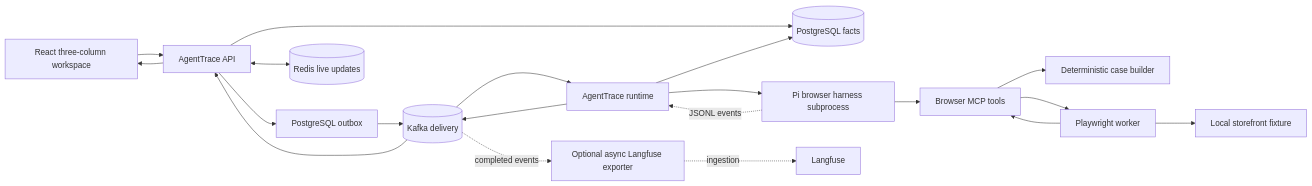
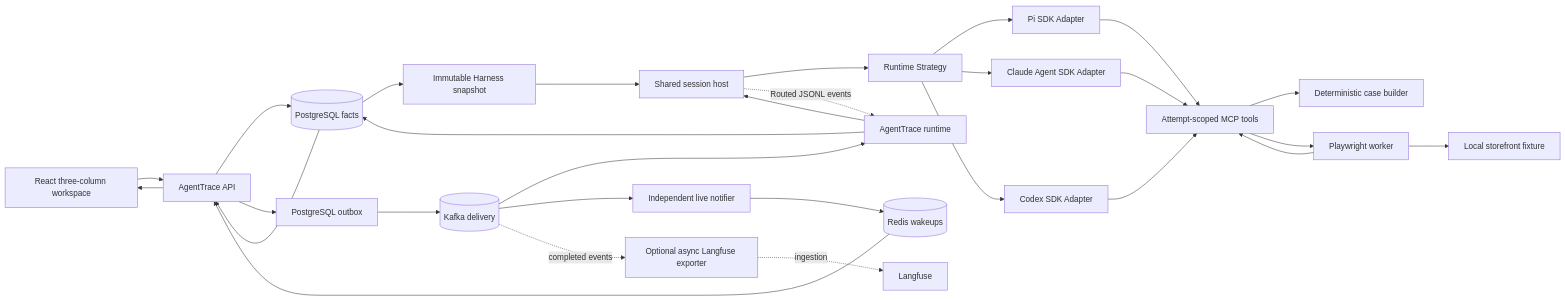
The diagram in docs/architecture.md (Asukadaisiki/AI_Web_Testing), drawn with Mermaid before and after one commit. The commit also changed other lines of this file and 434 other files, not shown here.

First line of the commit message:
feat: implement Langfuse agent runtime management

````diff
--- a/docs/architecture.md
+++ b/docs/architecture.md
@@ -35,22 +33,31 @@
 ```mermaid
 flowchart LR
     UI[React three-column workspace] --> API[AgentTrace API]
     API --> PG[(PostgreSQL facts)]
     API --> OUTBOX[PostgreSQL outbox]
     OUTBOX --> KAFKA[(Kafka delivery)]
     KAFKA --> RUNTIME[AgentTrace runtime]
-    RUNTIME --> PI[Pi browser harness subprocess]
-    PI --> MCP[Browser MCP tools]
+    RUNTIME --> HOST[Shared session host]
+    HOST --> SELECT[Runtime Strategy]
+    SELECT --> PI[Pi SDK Adapter]
+    SELECT --> CLAUDE[Claude Agent SDK Adapter]
+    SELECT --> CODEX[Codex SDK Adapter]
+    HARNESS[Immutable Harness snapshot] --> HOST
+    PG --> HARNESS
+    PI --> MCP[Attempt-scoped MCP tools]
+    CLAUDE --> MCP
+    CODEX --> MCP
     MCP --> CASEBUILDER[Deterministic case builder]
     MCP --> WORKER[Playwright worker]
     WORKER --> FIXTURE[Local storefront fixture]
     WORKER --> MCP
-    PI -. JSONL events .-> RUNTIME
+    HOST -. Routed JSONL events .-> RUNTIME
     RUNTIME --> PG
-    RUNTIME --> KAFKA
-    KAFKA --> API
-    API <--> REDIS[(Redis live updates)]
+    KAFKA --> NOTIFIER[Independent live notifier]
+    NOTIFIER --> REDIS[(Redis wakeups)]
+    REDIS --> API
+    PG --> API
     API --> UI
     KAFKA -. completed events .-> EXPORTER[Optional async Langfuse exporter]
     EXPORTER -. ingestion .-> LANGFUSE[Langfuse]
 ```
````
